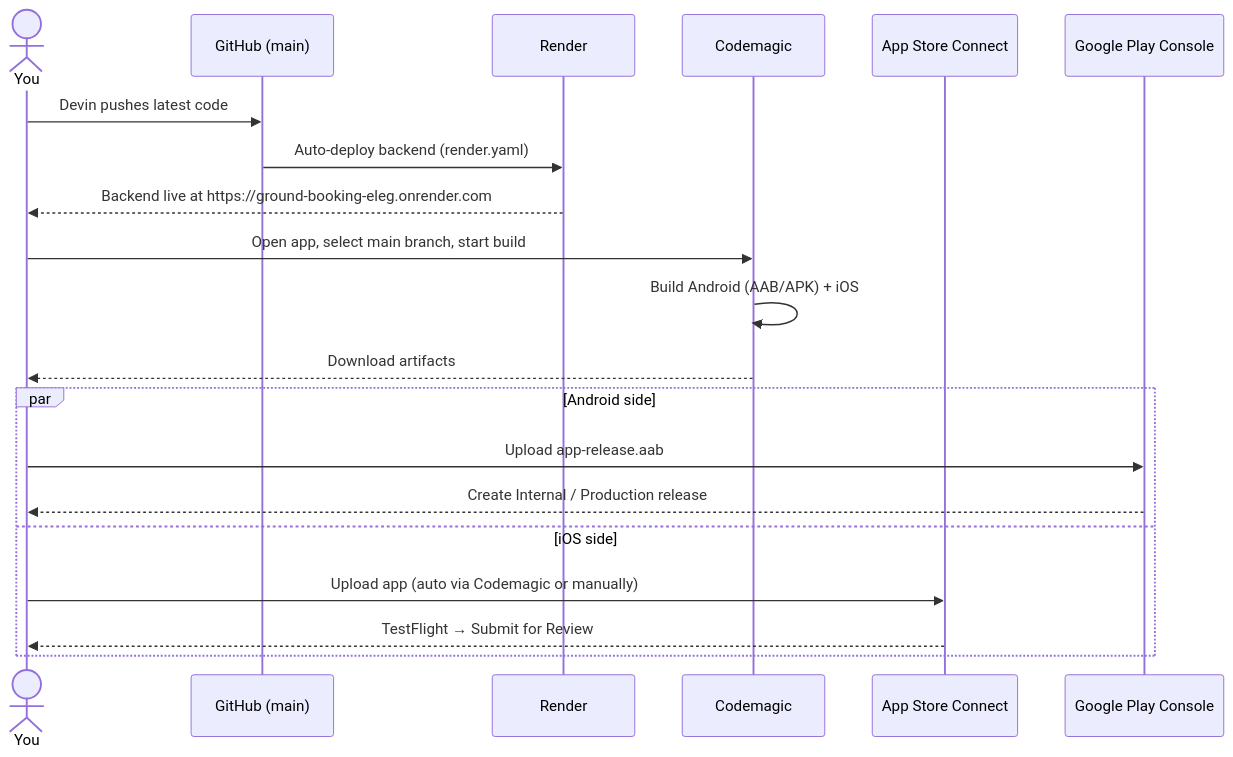
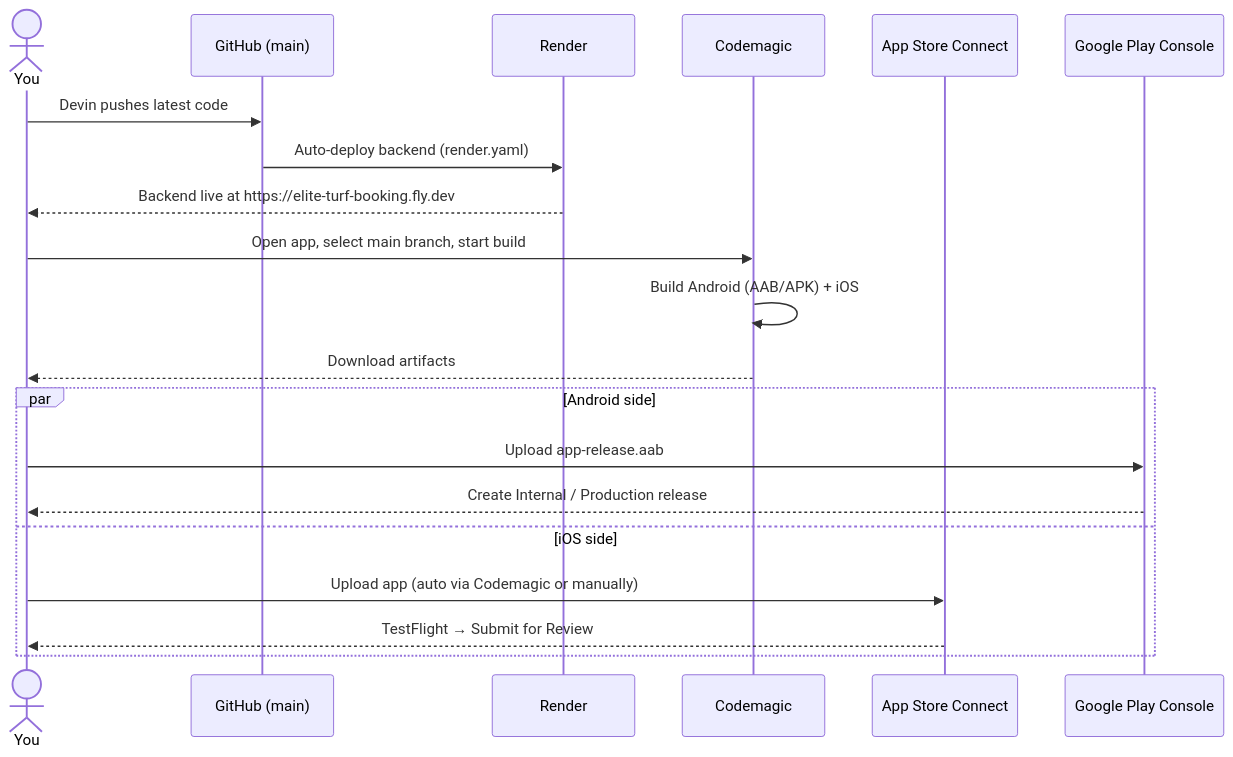
Before and after one commit to eliteaiwin/ground-booking: the diagram in PUBLISHING.md, drawn with Mermaid. The commit also changed other lines of this file and 5 other files, not shown here.

````diff
--- a/PUBLISHING.md
+++ b/PUBLISHING.md
@@ -7,24 +7,24 @@
 ```mermaid
 sequenceDiagram
     actor U as You
     participant GH as GitHub (main)
     participant R as Render
     participant CM as Codemagic
     participant AC as App Store Connect
     participant GP as Google Play Console
 
     U->>GH: Devin pushes latest code
     GH->>R: Auto-deploy backend (render.yaml)
-    R-->>U: Backend live at https://ground-booking-eleg.onrender.com
+    R-->>U: Backend live at https://elite-turf-booking.fly.dev
     U->>CM: Open app, select main branch, start build
     CM->>CM: Build Android (AAB/APK) + iOS
     CM-->>U: Download artifacts
 
     par Android side
         U->>GP: Upload app-release.aab
         GP-->>U: Create Internal / Production release
     and iOS side
         U->>AC: Upload app (auto via Codemagic or manually)
         AC-->>U: TestFlight → Submit for Review
     end
 ```
````
